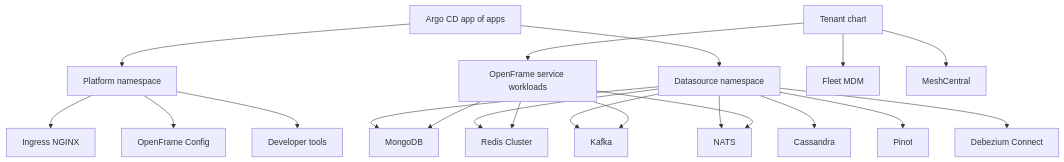
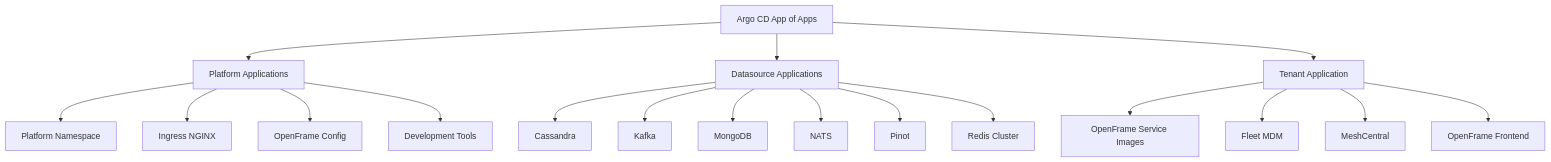
Before and after one commit to flamingo-stack/openframe-oss-tenant: the fifth of 5 diagrams in docs/development/architecture/README.md, drawn with Mermaid. The commit also changed other lines of this file and 2377 other files, not shown here.

````diff
--- a/docs/development/architecture/README.md
+++ b/docs/development/architecture/README.md
@@ -135,26 +123,23 @@
 ```mermaid
 flowchart TD
-    Apps["Argo CD app of apps"] --> PlatformNs["Platform namespace"]
-    Apps --> DataNs["Datasource namespace"]
+    Argo["Argo CD App of Apps"] --> Platform["Platform Applications"]
+    Argo --> Datasources["Datasource Applications"]
+    Argo --> Tenant["Tenant Application"]
 
-    PlatformNs --> Ingress["Ingress NGINX"]
-    PlatformNs --> ConfigApp["OpenFrame Config"]
-    PlatformNs --> Tools["Developer tools"]
+    Platform --> NamespacePlatform["Platform Namespace"]
+    Platform --> Ingress["Ingress NGINX"]
+    Platform --> Config["OpenFrame Config"]
+    Platform --> Tools["Development Tools"]
 
-    DataNs --> Mongo2["MongoDB"]
-    DataNs --> Redis2["Redis Cluster"]
-    DataNs --> Kafka2["Kafka"]
-    DataNs --> Nats2["NATS"]
-    DataNs --> Cassandra2["Cassandra"]
-    DataNs --> Pinot2["Pinot"]
-    DataNs --> Debezium2["Debezium Connect"]
+    Datasources --> Cassandra["Cassandra"]
+    Datasources --> Kafka["Kafka"]
+    Datasources --> Mongo["MongoDB"]
+    Datasources --> Nats["NATS"]
+    Datasources --> Pinot["Pinot"]
+    Datasources --> Redis["Redis Cluster"]
 
-    Tenant["Tenant chart"] --> Services["OpenFrame service workloads"]
-    Tenant --> Fleet2["Fleet MDM"]
-    Tenant --> Mesh2["MeshCentral"]
-
-    Services --> Mongo2
-    Services --> Redis2
-    Services --> Kafka2
-    Services --> Nats2
+    Tenant --> Services["OpenFrame Service Images"]
+    Tenant --> Fleet["Fleet MDM"]
+    Tenant --> Mesh["MeshCentral"]
+    Tenant --> Frontend["OpenFrame Frontend"]
 ```
````
